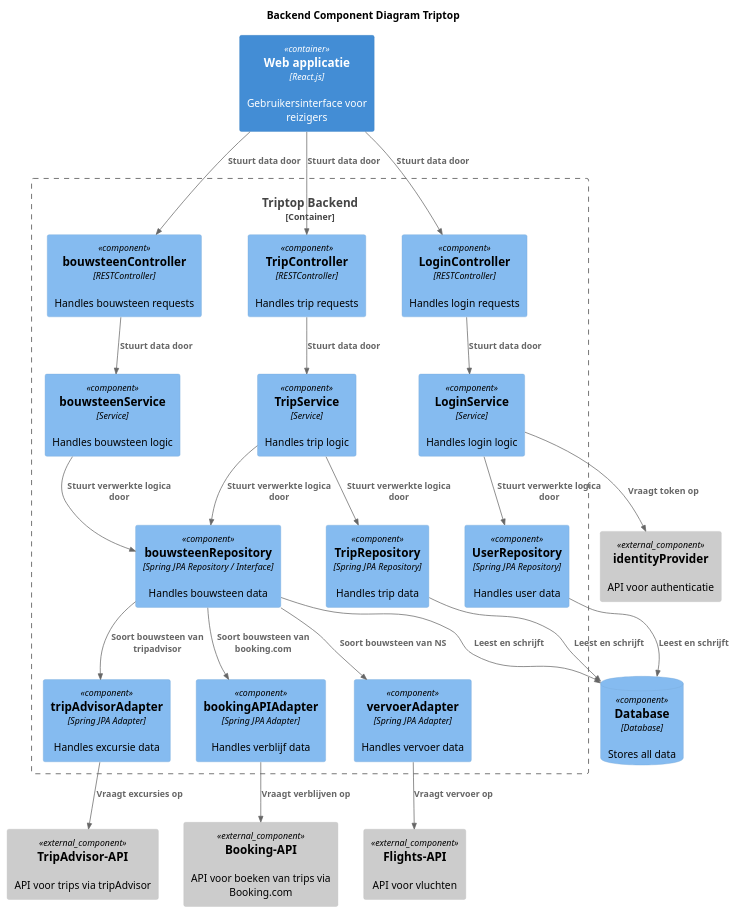
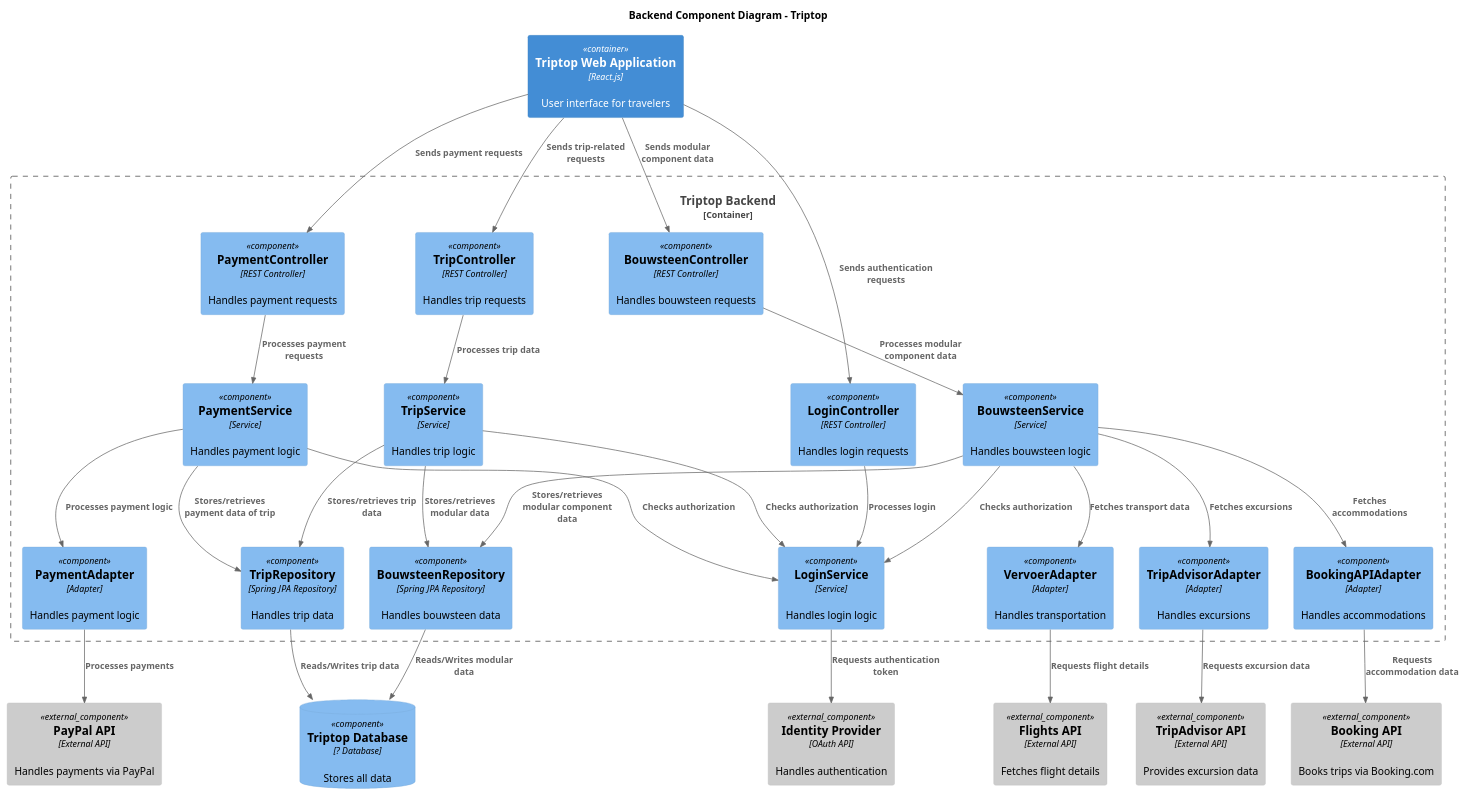
The diagram in Week2/Les3/Youp/component-Diagram.puml (AIM-ENE-feb25/triptop-inshallahboys), drawn with PlantUML before and after one commit. The commit also changed 2 other files, not shown here.

```diff
--- a/Week2/Les3/Youp/component-Diagram.puml
+++ b/Week2/Les3/Youp/component-Diagram.puml
@@ -1,72 +1,79 @@
 @startuml
 !include https://raw.githubusercontent.com/plantuml-stdlib/C4-PlantUML/master/C4_Component.puml
 
-title Backend Component Diagram Triptop
+title Backend Component Diagram - Triptop
 
 Container_Boundary(backend, "Triptop Backend") {
 
-    ' Inloggen van reizigers
-    Component(loginController, "LoginController", "RESTController", "Handles login requests")
+    ' Payment systems
+    Component(paymentController, "PaymentController", "REST Controller", "Handles payment requests")
+    Component(paymentService, "PaymentService", "Service", "Handles payment logic")
+    Component(paymentAdapter, "PaymentAdapter", "Adapter", "Handles payment logic")
+
+    ' Login System
+    Component(loginController, "LoginController", "REST Controller", "Handles login requests")
     Component(loginService, "LoginService", "Service", "Handles login logic")
-    Component(userRepository, "UserRepository", "Spring JPA Repository", "Handles user data")
 
-
-
-    ' Alle bouwstenen bij elkaar
-    Component(tripController, "TripController", "RESTController", "Handles trip requests")
+    ' Trip Management
+    Component(tripController, "TripController", "REST Controller", "Handles trip requests")
     Component(tripService, "TripService", "Service", "Handles trip logic")
     Component(tripRepository, "TripRepository", "Spring JPA Repository", "Handles trip data")
 
+    ' Modular Components (Bouwstenen)
+    Component(bouwsteenController, "BouwsteenController", "REST Controller", "Handles bouwsteen requests")
+    Component(bouwsteenService, "BouwsteenService", "Service", "Handles bouwsteen logic")
+    Component(bouwsteenRepository, "BouwsteenRepository", "Spring JPA Repository", "Handles bouwsteen data")
 
-    ' 1 enkele bouwsteen
-    Component(bouwsteenController, "bouwsteenController", "RESTController", "Handles bouwsteen requests")
-    Component(bouwsteenService, "bouwsteenService", "Service", "Handles bouwsteen logic")
-    Component(bouwsteenRepository, "bouwsteenRepository", "Spring JPA Repository / Interface", "Handles bouwsteen data")
-    Component(tripAdvisorAdapter, "tripAdvisorAdapter", "Spring JPA Adapter", "Handles excursie data")
-    Component(bookingAPIAdapter, "bookingAPIAdapter", "Spring JPA Adapter", "Handles verblijf data")
-    Component(vervoerAdapter, "vervoerAdapter", "Spring JPA Adapter", "Handles vervoer data")
-
-
+    ' External API Adapters
+    Component(tripAdvisorAdapter, "TripAdvisorAdapter", "Adapter", "Handles excursions")
+    Component(bookingAPIAdapter, "BookingAPIAdapter", "Adapter", "Handles accommodations")
+    Component(vervoerAdapter, "VervoerAdapter", "Adapter", "Handles transportation")
 }
 
-' Webapplicatie
-Container(webApp, "Web applicatie", "React.js", "Gebruikersinterface voor reizigers")
+' Frontend
+Container(webApp, "Triptop Web Application", "React.js", "User interface for travelers")
 
-' External systemen (API's) en Database
-ComponentDb(DB, "Database", "Database", "Stores all data")
-Component_Ext(identityProvider, "identityProvider", "", "API voor authenticatie")
-Component_Ext(bookingAPI, "Booking-API", "", "API voor boeken van trips via Booking.com")
-Component_Ext(tripAdvisor, "TripAdvisor-API", "", "API voor trips via tripAdvisor")
-Component_Ext(flightsAPI, "Flights-API", "", "API voor vluchten")
+' External Systems & Database
+ComponentDb(database, "Triptop Database", "? Database", "Stores all data")
+Component_Ext(identityProvider, "Identity Provider", "OAuth API", "Handles authentication")
+Component_Ext(bookingAPI, "Booking API", "External API", "Books trips via Booking.com")
+Component_Ext(tripAdvisor, "TripAdvisor API", "External API", "Provides excursion data")
+Component_Ext(flightsAPI, "Flights API", "External API", "Fetches flight details")
+Component_Ext(paypalAPI, "PayPal API", "External API", "Handles payments via PayPal")
 
+' Relationships
+Rel(webApp, loginController, "Sends authentication requests")
+Rel(webApp, tripController, "Sends trip-related requests")
+Rel(webApp, bouwsteenController, "Sends modular component data")
+Rel(webApp, paymentController, "Sends payment requests")
 
-Rel(webApp, bouwsteenController, "Stuurt data door")
-Rel(webApp, tripController, "Stuurt data door")
-Rel(webApp, loginController, "Stuurt data door")
+Rel(loginController, loginService, "Processes login")
+Rel(loginService, identityProvider, "Requests authentication token")
 
-Rel(loginController, loginService, "Stuurt data door")
-Rel(loginService, userRepository, "Stuurt verwerkte logica door")
-Rel(loginService, identityProvider, "Vraagt token op")
+Rel(tripController, tripService, "Processes trip data")
+Rel(tripService, tripRepository, "Stores/retrieves trip data")
+Rel(tripService, bouwsteenRepository, "Stores/retrieves modular data")
+Rel(tripService, loginService, "Checks authorization")
 
-Rel(tripController, tripService, "Stuurt data door")
-Rel(tripService, bouwsteenRepository, "Stuurt verwerkte logica door")
-Rel(tripService, tripRepository, "Stuurt verwerkte logica door")
+Rel(bouwsteenController, bouwsteenService, "Processes modular component data")
+Rel(bouwsteenService, bouwsteenRepository, "Stores/retrieves modular component data")
+Rel(bouwsteenService, loginService, "Checks authorization")
 
-Rel(bouwsteenController, bouwsteenService, "Stuurt data door")
-Rel(bouwsteenService, bouwsteenRepository, "Stuurt verwerkte logica door")
+Rel(bouwsteenService, tripAdvisorAdapter, "Fetches excursions")
+Rel(bouwsteenService, bookingAPIAdapter, "Fetches accommodations")
+Rel(bouwsteenService, vervoerAdapter, "Fetches transport data")
 
-Rel(bouwsteenRepository, tripAdvisorAdapter, "Soort bouwsteen van tripadvisor")
-Rel(bouwsteenRepository, bookingAPIAdapter, "Soort bouwsteen van booking.com")
-Rel(bouwsteenRepository, vervoerAdapter, "Soort bouwsteen van NS")
+Rel(tripRepository, database, "Reads/Writes trip data")
+Rel(bouwsteenRepository, database, "Reads/Writes modular data")
 
-Rel(tripRepository, DB, "Leest en schrijft")
-Rel(userRepository, DB, "Leest en schrijft")
-Rel(bouwsteenRepository, DB, "Leest en schrijft")
+Rel(tripAdvisorAdapter, tripAdvisor, "Requests excursion data")
+Rel(bookingAPIAdapter, bookingAPI, "Requests accommodation data")
+Rel(vervoerAdapter, flightsAPI, "Requests flight details")
 
-Rel(tripAdvisorAdapter, tripAdvisor, "Vraagt excursies op")
-Rel(bookingAPIAdapter, bookingAPI, "Vraagt verblijven op")
-Rel(vervoerAdapter, flightsAPI, "Vraagt vervoer op")
-
-
+Rel(paymentController, paymentService, "Processes payment requests")
+Rel(paymentService, paymentAdapter, "Processes payment logic")
+Rel(paymentService, tripRepository, "Stores/retrieves payment data of trip")
+Rel(paymentService, loginService, "Checks authorization")
+Rel(paymentAdapter, paypalAPI, "Processes payments")
 
 @enduml
```
